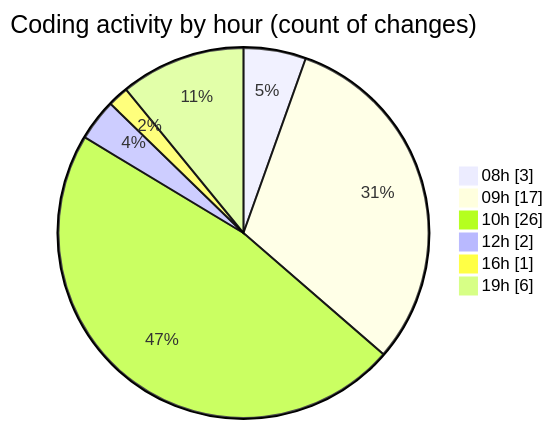
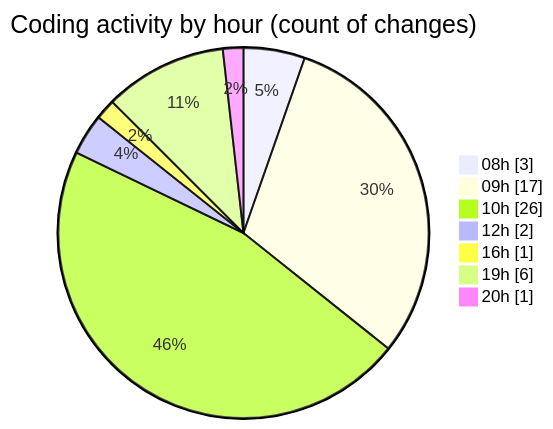
Before and after one commit to julien-gomy/code-tracking: the second of 2 diagrams in 2025-10-22/eventscop-api-guide__workspace_/README.md, drawn with Mermaid. The commit also changed other lines of this file and 1 other file, not shown here.

````diff
--- a/2025-10-22/eventscop-api-guide__workspace_/README.md
+++ b/2025-10-22/eventscop-api-guide__workspace_/README.md
@@ -42,10 +42,11 @@
 ```mermaid
 pie showData
 title Coding activity by hour (count of changes)
 "08h" : 3
 "09h" : 17
 "10h" : 26
 "12h" : 2
 "16h" : 1
 "19h" : 6
+"20h" : 1
 ```
````
